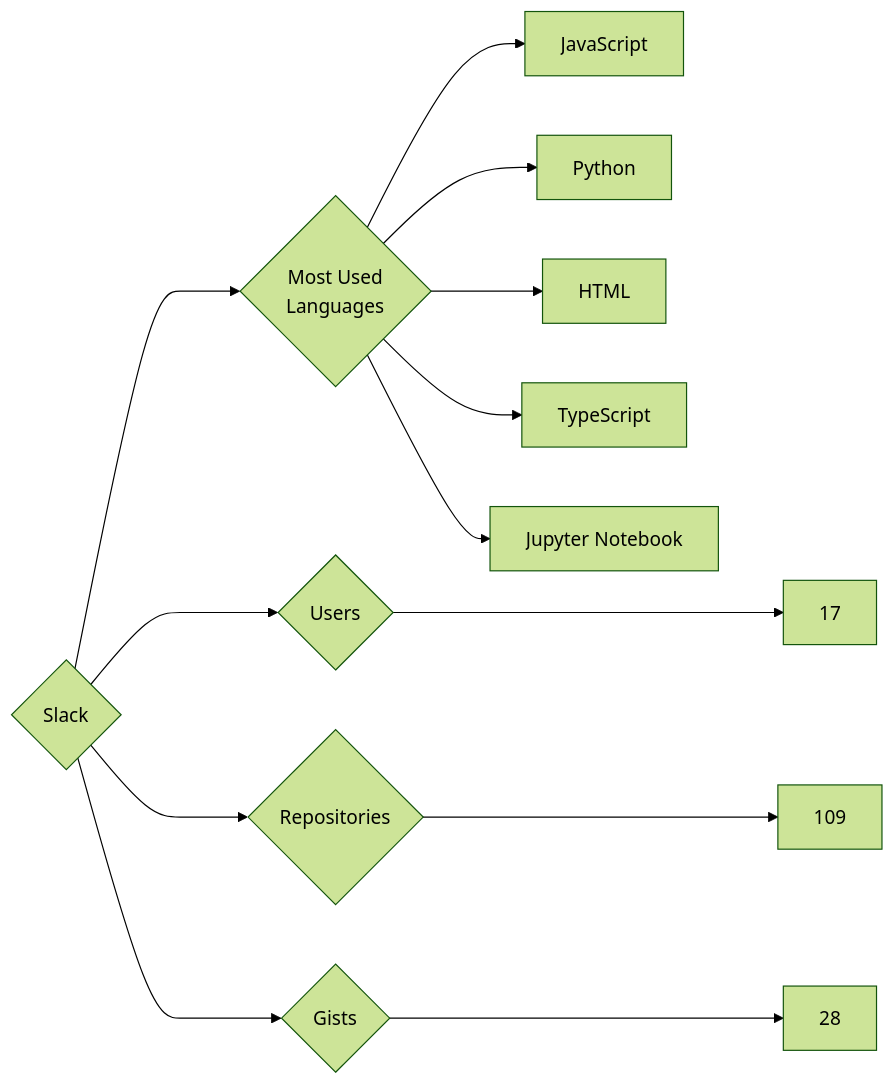
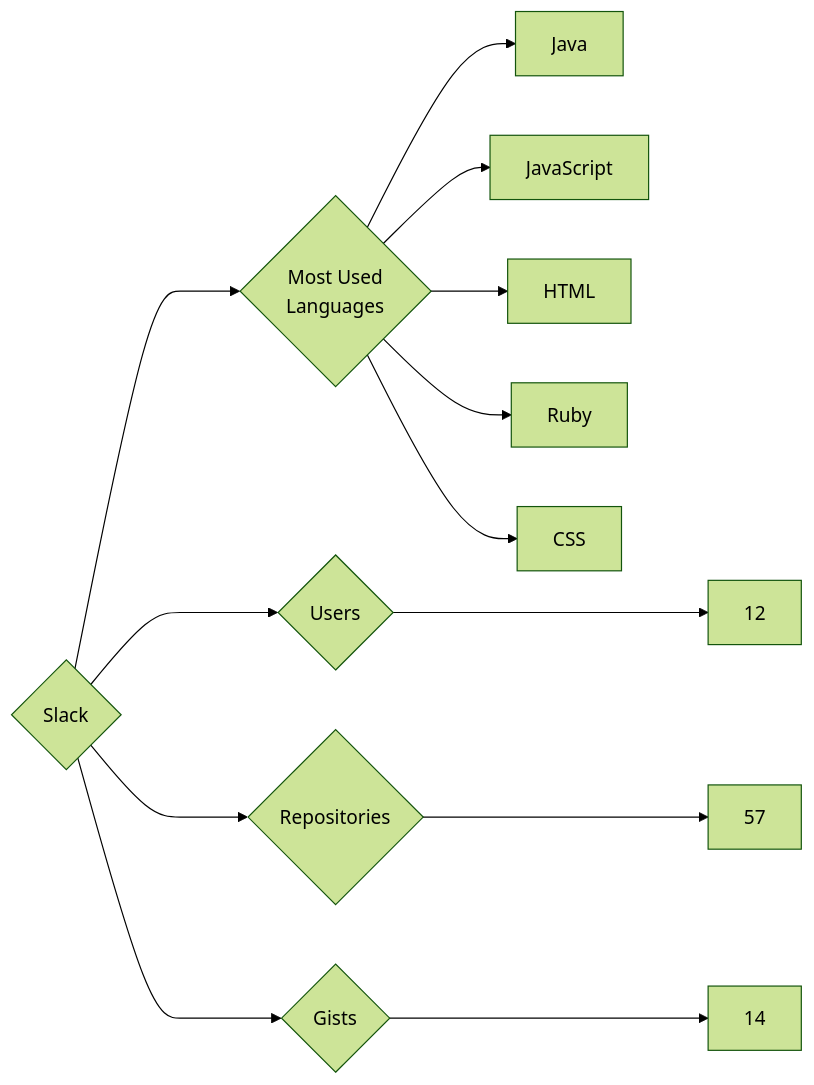
The diagram in targets/Slack/README.md (trickest/insiders), drawn with Mermaid (forest theme) before and after one commit. The commit also changed 871 other files, not shown here.

````diff
--- a/targets/Slack/README.md
+++ b/targets/Slack/README.md
@@ -3,13 +3,13 @@
 ```mermaid
 graph LR
 COMPANY_NAME{Slack}
-COMPANY_NAME ---> U{Users} ---> UN[17]
-COMPANY_NAME ---> R{Repositories} ---> RN[109]
-COMPANY_NAME ---> G{Gists} ---> GN[28]
+COMPANY_NAME ---> U{Users} ---> UN[12]
+COMPANY_NAME ---> R{Repositories} ---> RN[57]
+COMPANY_NAME ---> G{Gists} ---> GN[14]
 COMPANY_NAME ---> ML{Most Used<br>Languages}
+ML --> Java[Java]
 ML --> JavaScript[JavaScript]
-ML --> Python[Python]
 ML --> HTML[HTML]
-ML --> TypeScript[TypeScript]
-ML --> Jupyter_Notebook[Jupyter Notebook]
+ML --> Ruby[Ruby]
+ML --> CSS[CSS]
 ```
````
